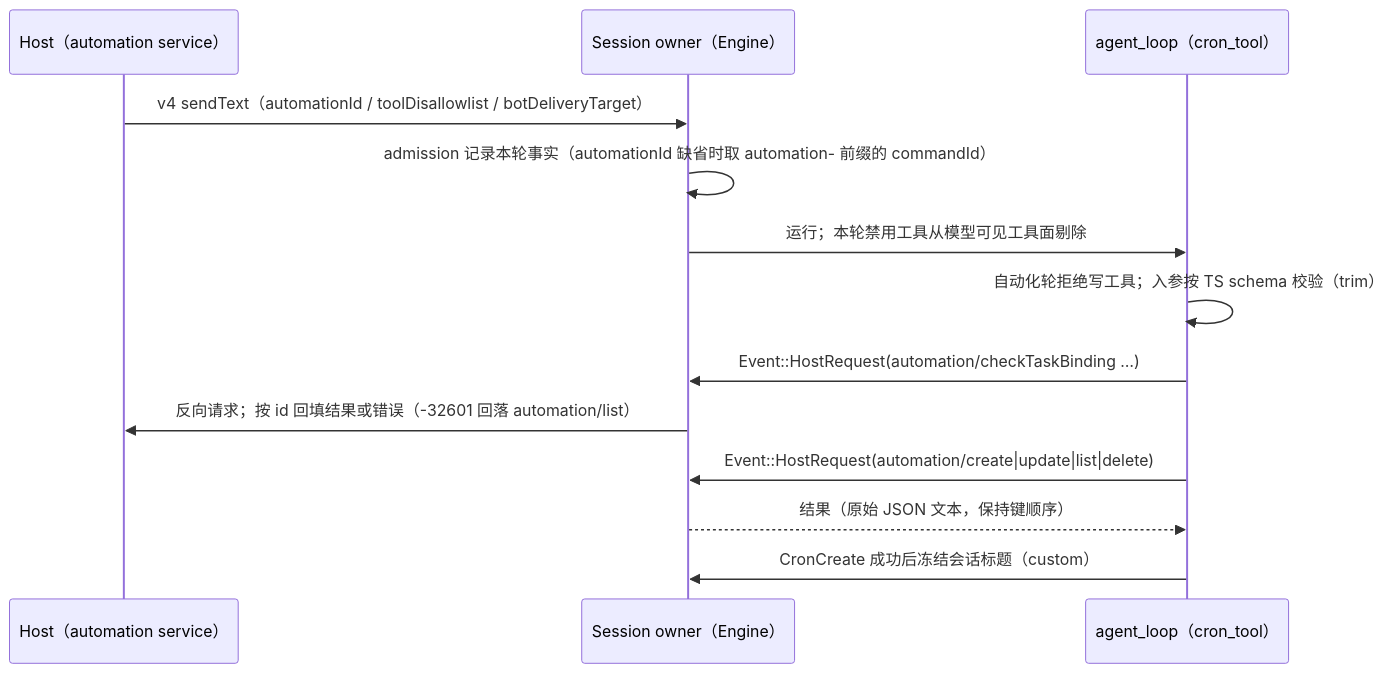
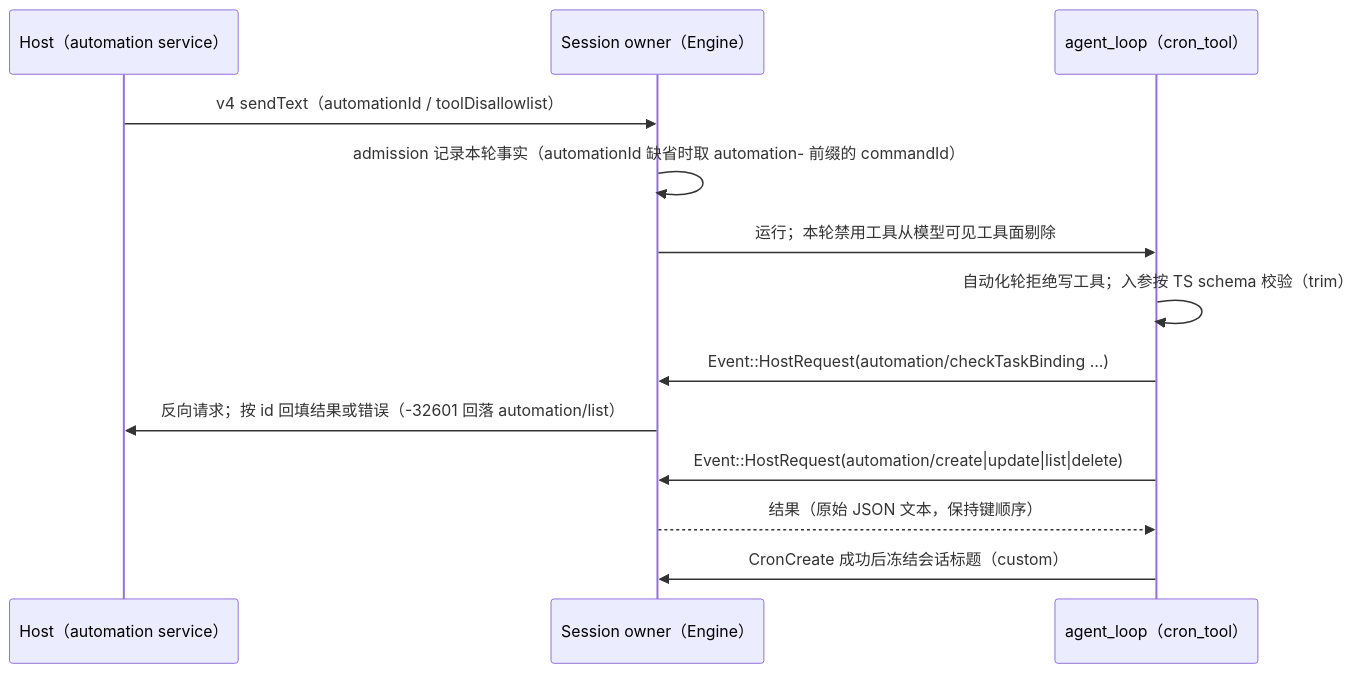
One commit to sekfung/ESCode changed the diagram in docs/specs/rust-cron.md. Above: the diagram before and after it, drawn with Mermaid. The commit also changed other lines of this file and 443 other files, not shown here.

````diff
--- a/docs/specs/rust-cron.md
+++ b/docs/specs/rust-cron.md
@@ -9,15 +9,15 @@
 ```mermaid
 sequenceDiagram
   participant H as Host（automation service）
   participant E as Session owner（Engine）
   participant L as agent_loop（cron_tool）
-  H->>E: v4 sendText（automationId / toolDisallowlist / botDeliveryTarget）
+  H->>E: v4 sendText（automationId / toolDisallowlist）
   E->>E: admission 记录本轮事实（automationId 缺省时取 automation- 前缀的 commandId）
   E->>L: 运行；本轮禁用工具从模型可见工具面剔除
   L->>L: 自动化轮拒绝写工具；入参按 TS schema 校验（trim）
   L->>E: Event::HostRequest(automation/checkTaskBinding …)
   E->>H: 反向请求；按 id 回填结果或错误（-32601 回落 automation/list）
   L->>E: Event::HostRequest(automation/create|update|list|delete)
   E-->>L: 结果（原始 JSON 文本，保持键顺序）
   L->>E: CronCreate 成功后冻结会话标题（custom）
 ```
````
